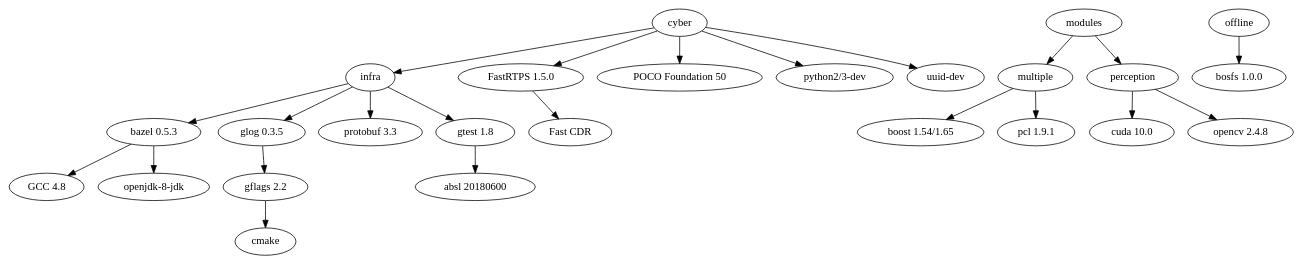
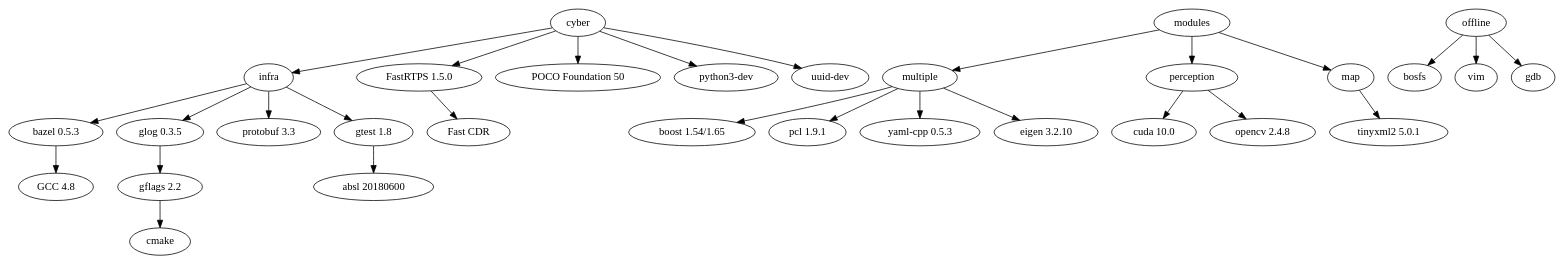
Before and after one commit to ApolloAuto/apollo: the diagram in docker/build/dependencies.dot, drawn with Graphviz. The commit also changed 129 other files, not shown here.

```diff
--- a/docker/build/dependencies.dot
+++ b/docker/build/dependencies.dot
@@ -1,22 +1,27 @@
 digraph {
   "infra" -> "bazel 0.5.3";
   "bazel 0.5.3" -> "GCC 4.8";
-  "bazel 0.5.3" -> "openjdk-8-jdk";
   "infra" -> "glog 0.3.5" -> "gflags 2.2" -> "cmake";
   "infra" -> "protobuf 3.3";
   "infra" -> "gtest 1.8" -> "absl 20180600";
 
   "cyber" -> "infra";
   "cyber" -> "FastRTPS 1.5.0" -> "Fast CDR";
   "cyber" -> "POCO Foundation 50";
-  "cyber" -> "python2/3-dev";
+  "cyber" -> "python3-dev";
   "cyber" -> "uuid-dev";
 
   "modules" -> "multiple" -> "boost 1.54/1.65";
   "multiple" -> "pcl 1.9.1";
+  "multiple" -> "yaml-cpp 0.5.3";
+  "multiple" -> "eigen 3.2.10";
 
   "modules" -> "perception" -> "cuda 10.0";
   "perception" -> "opencv 2.4.8";
 
-  "offline" -> "bosfs 1.0.0";
+  "modules" -> "map" -> "tinyxml2 5.0.1";
+
+  "offline" -> "bosfs";
+  "offline" -> "vim";
+  "offline" -> "gdb";
 }
```
